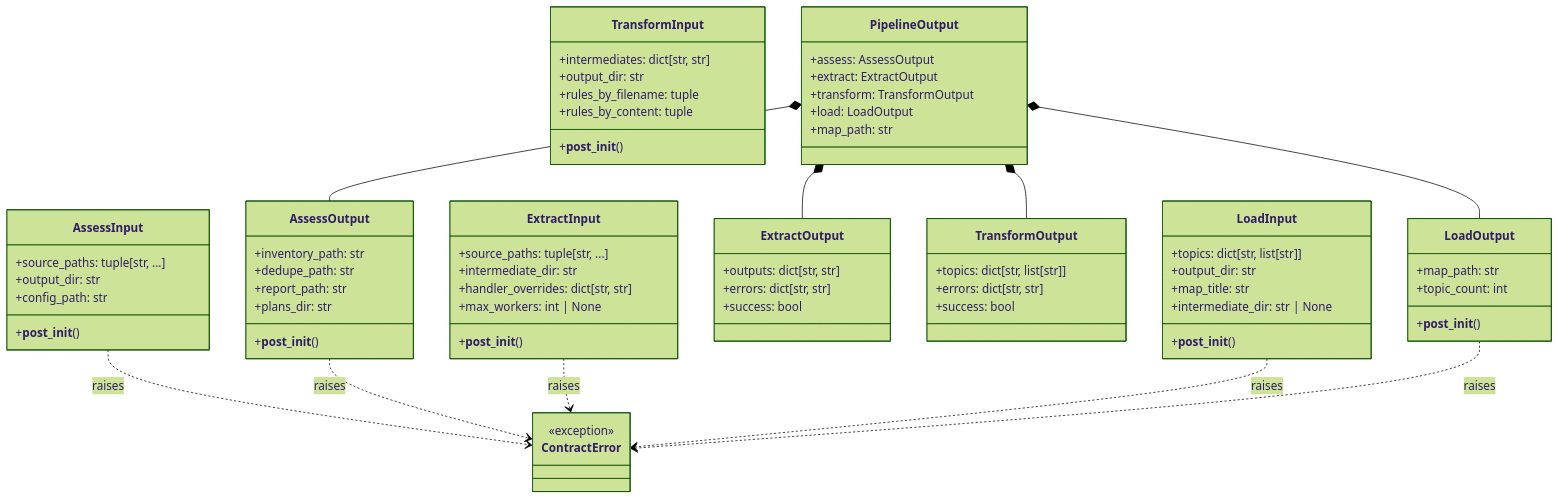
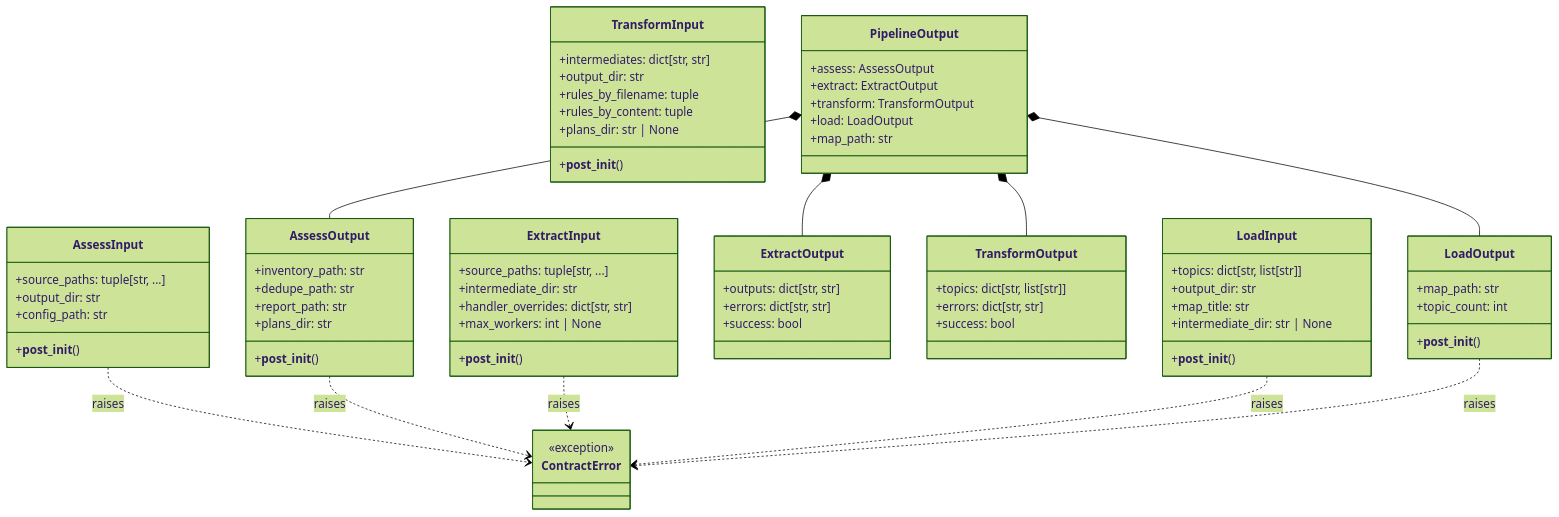
One commit to mattbriggs/ETL-POC changed the third of 11 diagrams in DESIGN.md. Above: the diagram before and after it, drawn with Mermaid (forest theme). The commit also changed other lines of this file and 7 other files, not shown here.

```diff
--- a/DESIGN.md
+++ b/DESIGN.md
@@ -118,6 +118,7 @@
         +output_dir: str
         +rules_by_filename: tuple
         +rules_by_content: tuple
+        +plans_dir: str | None
         +__post_init__()
     }
 
```
